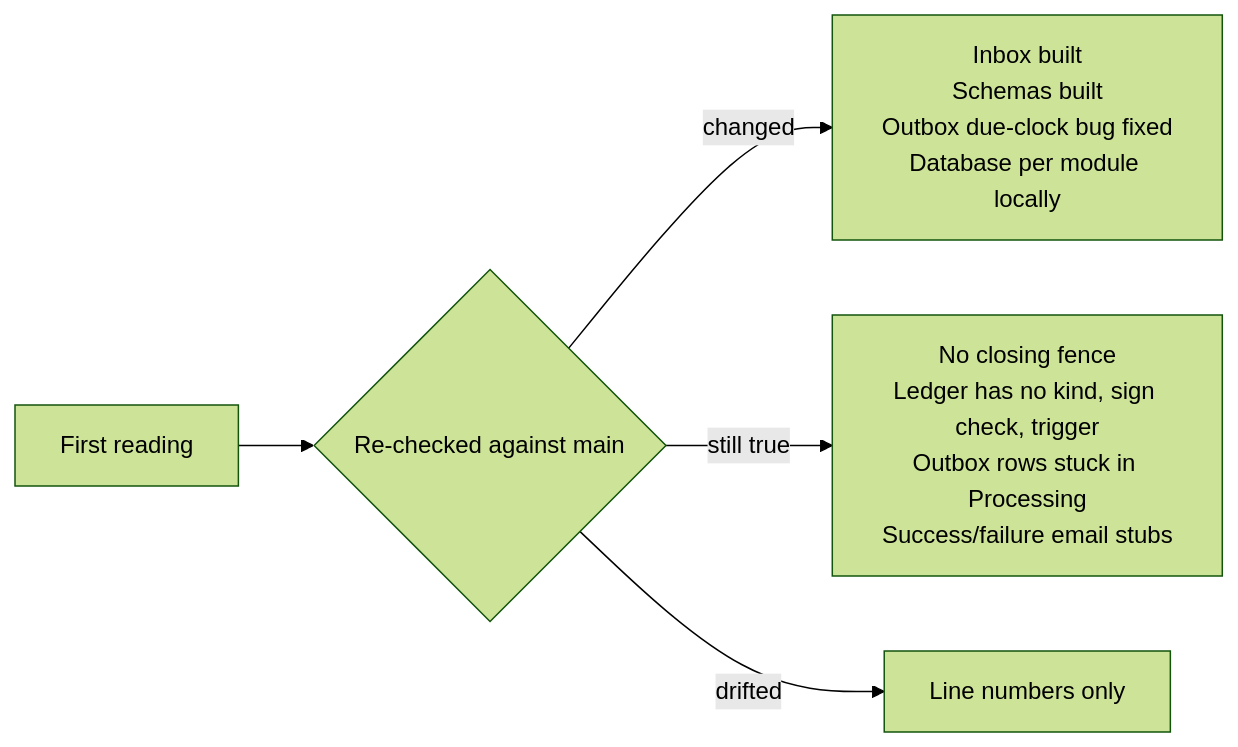
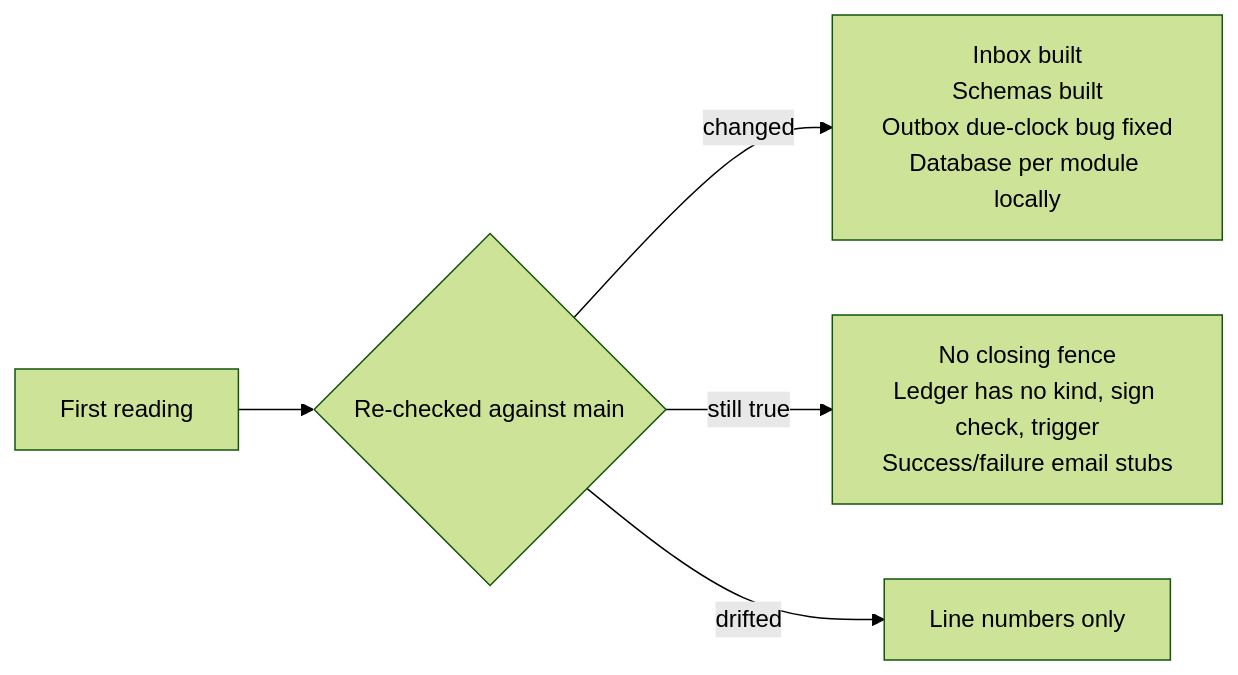
One commit to maysamgamini/crowdfundinghub changed the fourth of 4 diagrams in educational/03-engineering-spec-and-roadmap/design-to-code-mapping-round1.md. Above: the diagram before and after it, drawn with Mermaid (forest theme). The commit also changed other lines of this file and 6 other files, not shown here.

Commit message:
docs: outbox rows are reclaimed after their lease runs out

````diff
--- a/educational/03-engineering-spec-and-roadmap/design-to-code-mapping-round1.md
+++ b/educational/03-engineering-spec-and-roadmap/design-to-code-mapping-round1.md
@@ -169,7 +169,7 @@
 ```mermaid
 flowchart LR
     A["First reading"] --> B{"Re-checked against main"}
     B -->|changed| C["Inbox built<br/>Schemas built<br/>Outbox due-clock bug fixed<br/>Database per module locally"]
-    B -->|still true| D["No closing fence<br/>Ledger has no kind, sign check, trigger<br/>Outbox rows stuck in Processing<br/>Success/failure email stubs"]
+    B -->|still true| D["No closing fence<br/>Ledger has no kind, sign check, trigger<br/>Success/failure email stubs"]
     B -->|drifted| E["Line numbers only"]
 ```
````
